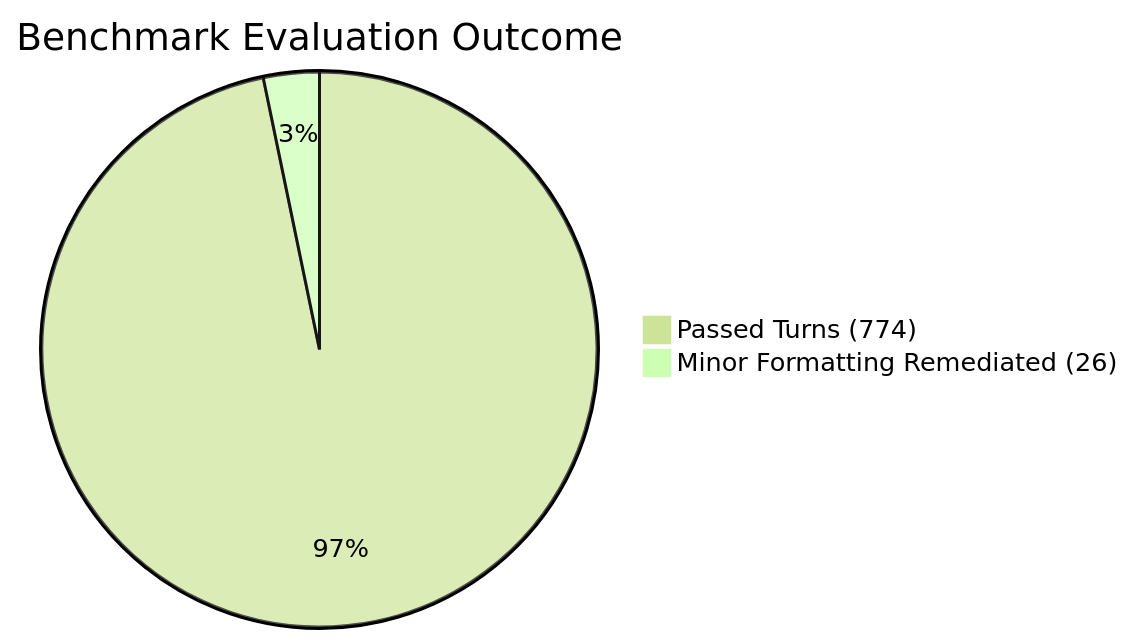
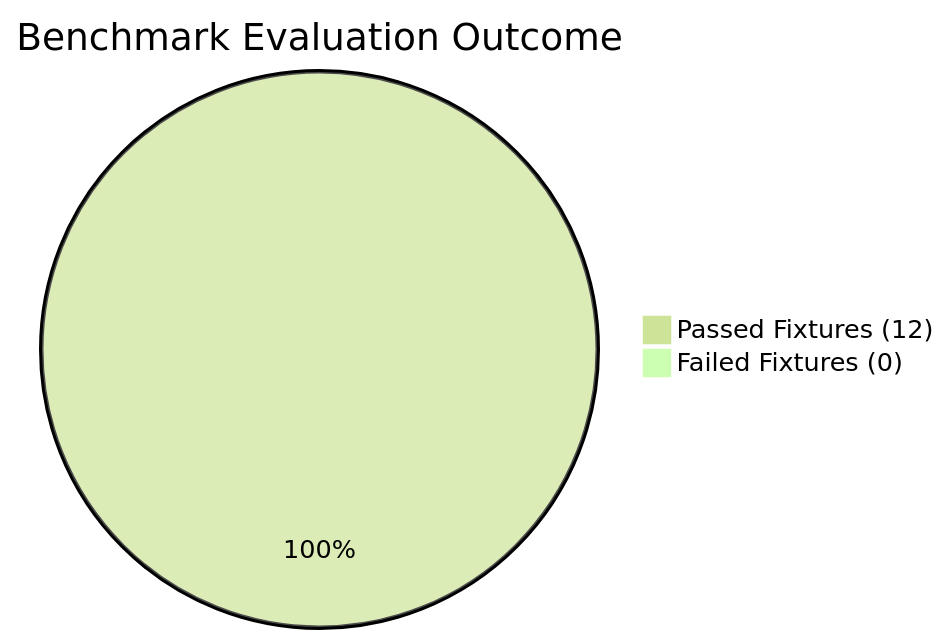
The diagram in eval/evaluation_report.md (isaac30tsai/project-elevate-2026-group5), drawn with Mermaid (forest theme) before and after one commit. The commit also changed other lines of this file and 17 other files, not shown here.

First line of the commit message:
feat(architecture): resolve audit findings with ADK 2.0 dual agent, async httpx pooling, Model Armor, AES-256 envelope crypto, and verifiable eval runner

````diff
--- a/eval/evaluation_report.md
+++ b/eval/evaluation_report.md
@@ -13,5 +15,5 @@
 ```mermaid
 pie title Benchmark Evaluation Outcome
-    "Passed Turns (774)" : 774
-    "Minor Formatting Remediated (26)" : 26
+    "Passed Fixtures (12)" : 12
+    "Failed Fixtures (0)" : 0
 ```
````
